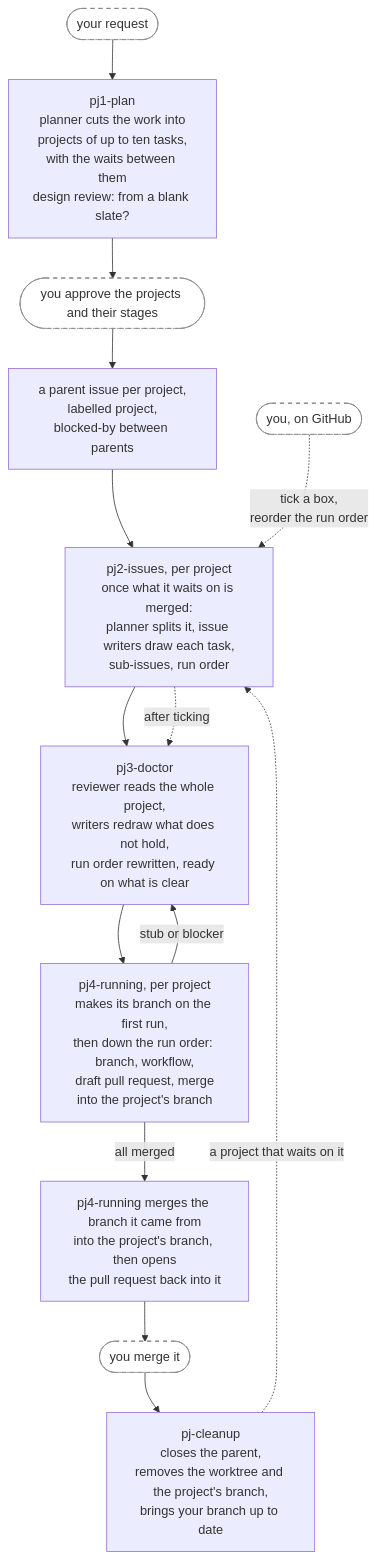
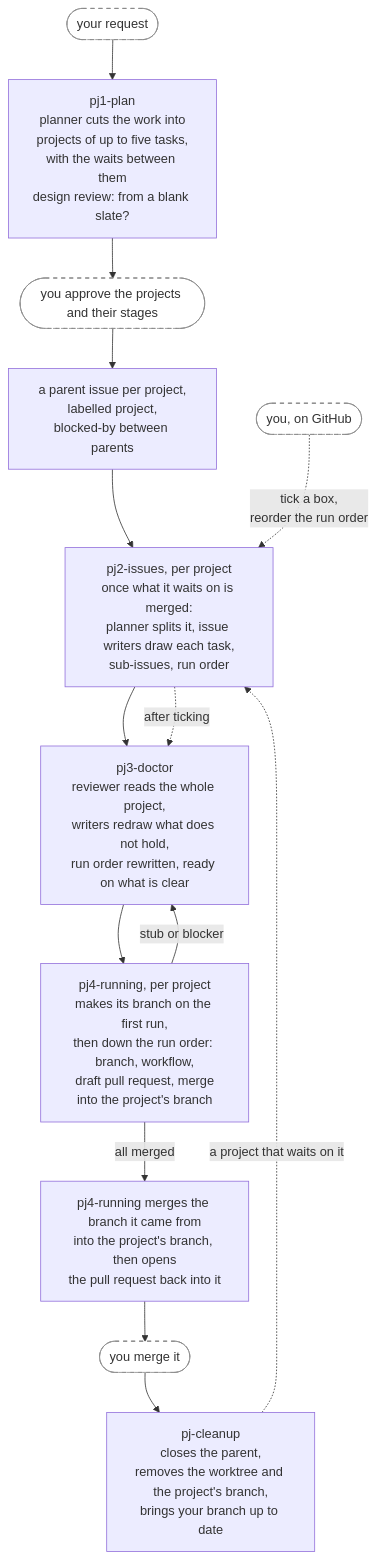
The third of 4 diagrams in plugins/annetaan/README.md (annetaan/claude-plugins), drawn with Mermaid before and after one commit. The commit also changed other lines of this file and 7 other files, not shown here.

First line of the commit message:
feat: cut projects to 5 tasks and tasks to 30 files, accepting 50 (#62)

````diff
--- a/plugins/annetaan/README.md
+++ b/plugins/annetaan/README.md
@@ -285,18 +285,18 @@
 ```mermaid
 flowchart TD
-    req(["your request"]) --> plan["pj1-plan<br/>planner cuts the work into<br/>projects of up to ten tasks,<br/>with the waits between them<br/>design review: from a blank slate?"]
+    req(["your request"]) --> plan["pj1-plan<br/>planner cuts the work into<br/>projects of up to five tasks,<br/>with the waits between them<br/>design review: from a blank slate?"]
     plan --> approve(["you approve the projects and their stages"]) --> filed["a parent issue per project,<br/>labelled project,<br/>blocked-by between parents"]
     filed --> split["pj2-issues, per project<br/>once what it waits on is merged:<br/>planner splits it, issue writers draw each task,<br/>sub-issues, run order"]
     split --> doctor["pj3-doctor<br/>reviewer reads the whole project,<br/>writers redraw what does not hold,<br/>run order rewritten, ready on what is clear"]
     doctor --> run["pj4-running, per project<br/>makes its branch on the first run,<br/>then down the run order: branch, workflow,<br/>draft pull request, merge<br/>into the project's branch"]
     run -->|"stub or blocker"| doctor
     run -->|"all merged"| pr["pj4-running merges the branch it came from<br/>into the project's branch, then opens<br/>the pull request back into it"]
     pr --> done(["you merge it"]) --> cleanup["pj-cleanup<br/>closes the parent,<br/>removes the worktree and the project's branch,<br/>brings your branch up to date"]
     cleanup -.->|"a project that waits on it"| split
 
     you(["you, on GitHub"]) -.->|"tick a box,<br/>reorder the run order"| split
     split -.->|"after ticking"| doctor
 
     classDef human fill:#fff,stroke:#888,stroke-dasharray: 5 5
     class req,approve,you,done human
 ```
````
